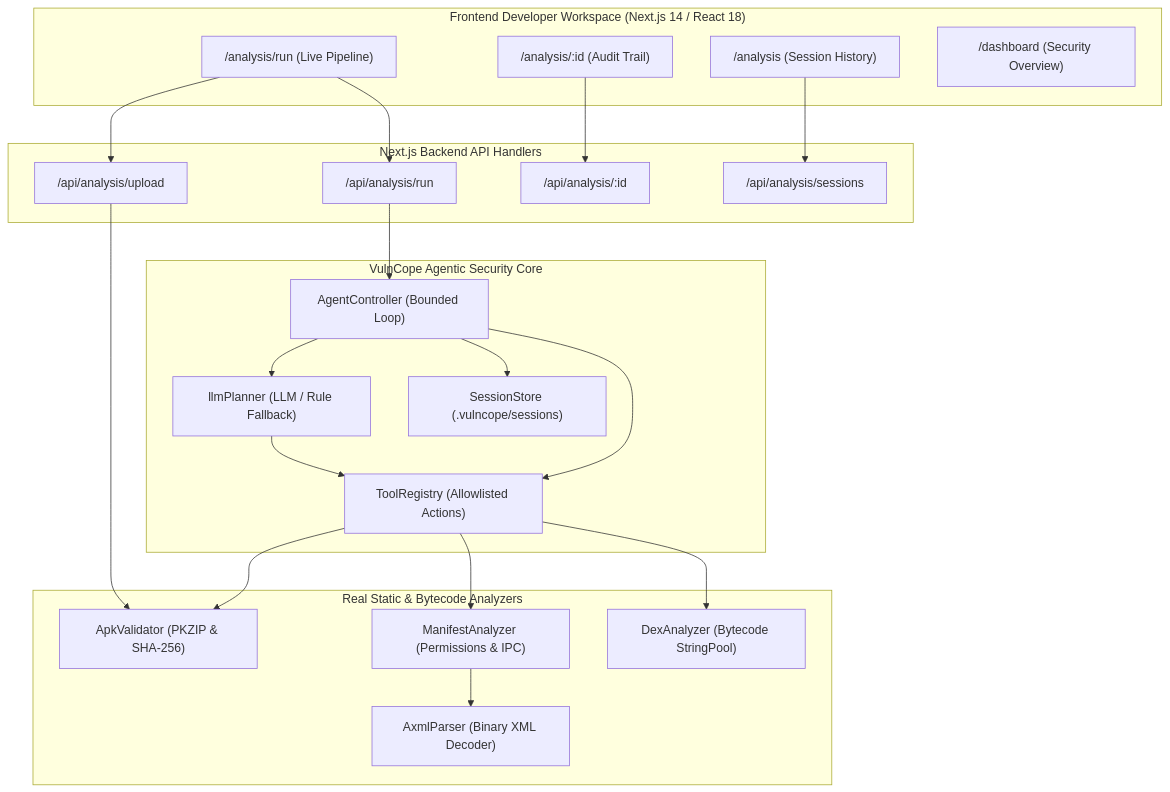
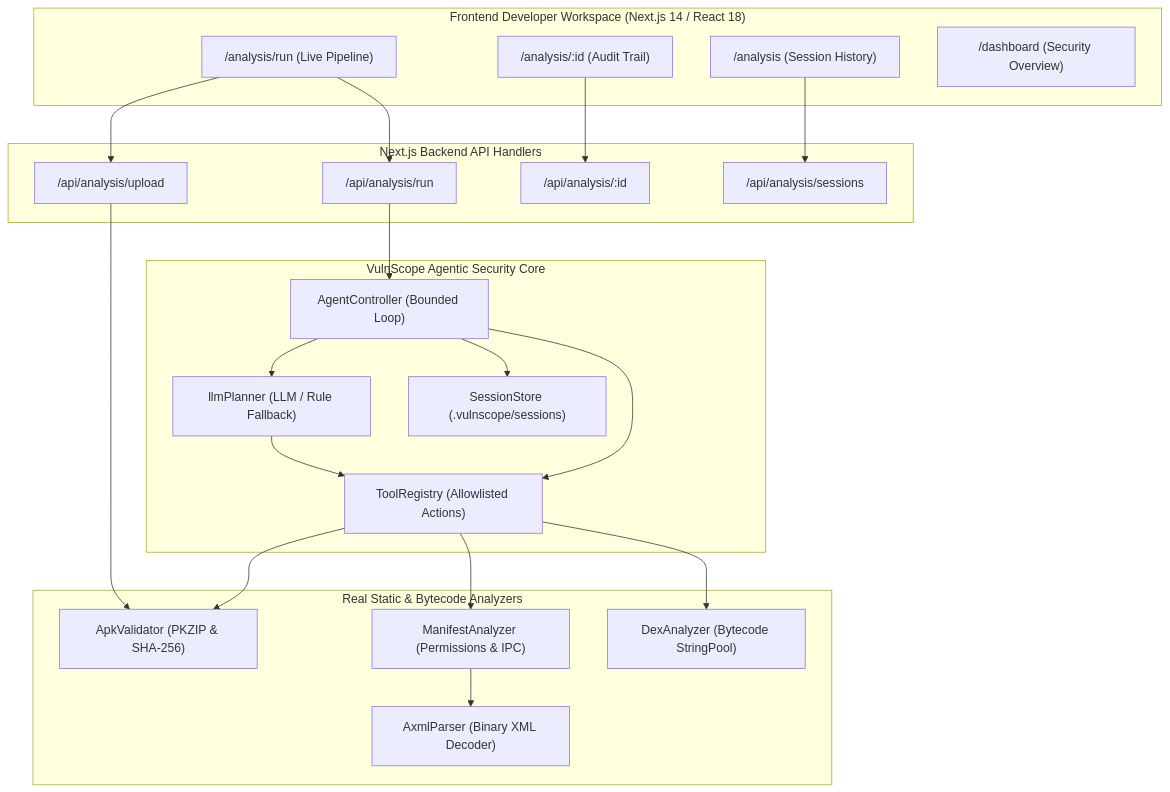
The first of 3 diagrams in docs/ARCHITECTURE_AND_AGENT_DECISION_LOOP.md (Muhammad-Yasir-Suhail/LLM-based-Penetration-Testing-System-for-Android-and-iOS-devices), drawn with Mermaid before and after one commit. The commit also changed other lines of this file and 37 other files, not shown here.

Commit message:
fix(branding): correct VulnCope to VulnScope and harden benchmark fixture resolution

````diff
--- a/docs/ARCHITECTURE_AND_AGENT_DECISION_LOOP.md
+++ b/docs/ARCHITECTURE_AND_AGENT_DECISION_LOOP.md
@@ -13,46 +13,46 @@
 ```mermaid
 graph TB
     subgraph Client ["Frontend Developer Workspace (Next.js 14 / React 18)"]
         UI_Run["/analysis/run (Live Pipeline)"]
         UI_List["/analysis (Session History)"]
         UI_Detail["/analysis/:id (Audit Trail)"]
         UI_Dash["/dashboard (Security Overview)"]
     end
 
     subgraph API ["Next.js Backend API Handlers"]
         API_Upload["/api/analysis/upload"]
         API_Run["/api/analysis/run"]
         API_Get["/api/analysis/:id"]
         API_Sessions["/api/analysis/sessions"]
     end
 
-    subgraph AgentCore ["VulnCope Agentic Security Core"]
+    subgraph AgentCore ["VulnScope Agentic Security Core"]
         Controller["AgentController (Bounded Loop)"]
         Planner["llmPlanner (LLM / Rule Fallback)"]
         Registry["ToolRegistry (Allowlisted Actions)"]
-        Storage["SessionStore (.vulncope/sessions)"]
+        Storage["SessionStore (.vulnscope/sessions)"]
     end
 
     subgraph Analyzers ["Real Static & Bytecode Analyzers"]
         Validator["ApkValidator (PKZIP & SHA-256)"]
         AXML["AxmlParser (Binary XML Decoder)"]
         Manifest["ManifestAnalyzer (Permissions & IPC)"]
         DEX["DexAnalyzer (Bytecode StringPool)"]
     end
 
     UI_Run --> API_Upload
     UI_Run --> API_Run
     UI_List --> API_Sessions
     UI_Detail --> API_Get
 
     API_Upload --> Validator
     API_Run --> Controller
     Controller --> Planner
     Planner --> Registry
     Controller --> Registry
     Registry --> Validator
     Registry --> Manifest
     Registry --> DEX
     Manifest --> AXML
     Controller --> Storage
 ```
````
